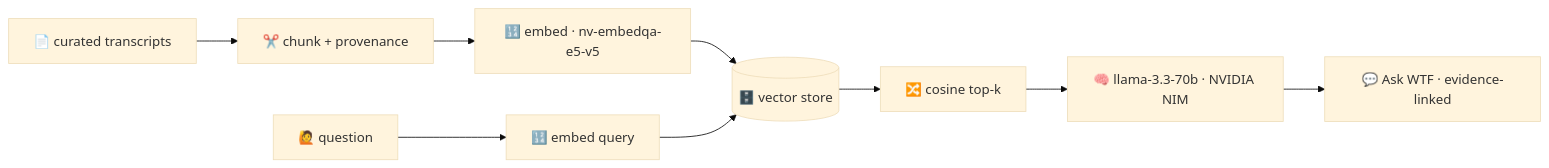
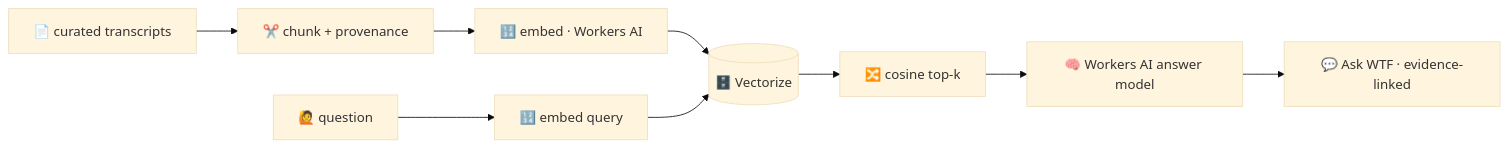
One commit to Sheshiyer/wtfmedia changed the diagram in README.md. Above: the diagram before and after it, drawn with Mermaid (base theme). The commit also changed other lines of this file and 10 other files, not shown here.

````diff
--- a/README.md
+++ b/README.md
@@ -99,11 +134,11 @@
 ```mermaid
 graph LR
     A[📄 curated transcripts] --> B[✂️ chunk + provenance]
-    B --> C[🔢 embed · nv-embedqa-e5-v5]
-    C --> D[(🗄️ vector store)]
+    B --> C[🔢 embed · Workers AI]
+    C --> D[(🗄️ Vectorize)]
     E[🙋 question] --> F[🔢 embed query]
     F --> D
     D --> G[🔀 cosine top-k]
-    G --> H[🧠 llama-3.3-70b · NVIDIA NIM]
+    G --> H[🧠 Workers AI answer model]
     H --> I[💬 Ask WTF · evidence-linked]
 ```
````
